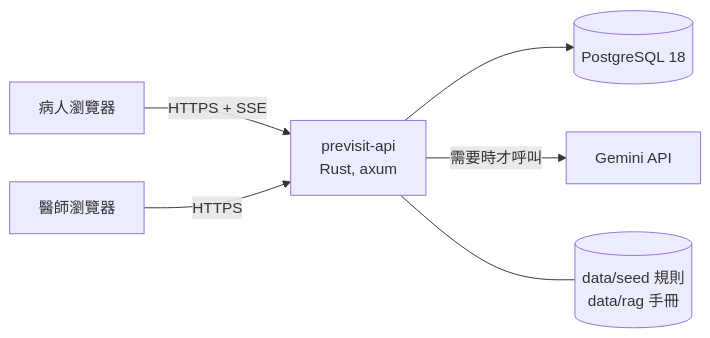
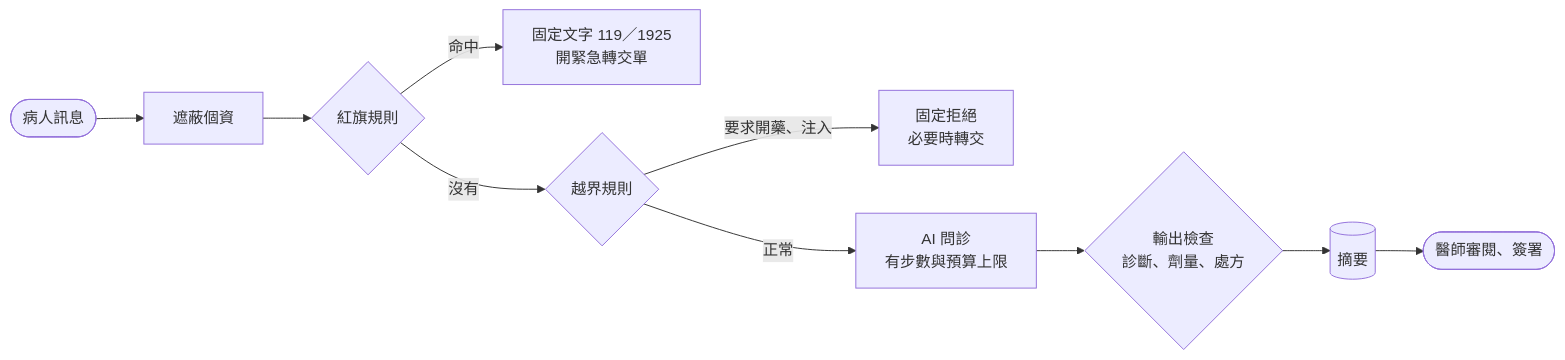
The diagram in README.zh-TW.md (naritaroad/previsit-desk), drawn with Mermaid before and after one commit. The commit also changed other lines of this file and 30 other files, not shown here.

````diff
--- a/README.zh-TW.md
+++ b/README.zh-TW.md
@@ -87,8 +89,10 @@
 ```mermaid
 flowchart LR
-  P[病人瀏覽器] -- HTTPS + SSE --> API
-  C[醫師瀏覽器] -- HTTPS --> API
-  API[previsit-api<br/>Rust, axum] --> DB[(PostgreSQL 18)]
-  API -- 需要時才呼叫 --> G[Gemini API]
-  API --- D[(data/seed 規則<br/>data/rag 手冊)]
+  P([病人訊息]) --> M[遮蔽個資] --> R{紅旗規則}
+  R -- 命中 --> E[固定文字 119／1925<br/>開緊急轉交單]
+  R -- 沒有 --> S{越界規則}
+  S -- 要求開藥、注入 --> X[固定拒絕<br/>必要時轉交]
+  S -- 正常 --> A[AI 問診<br/>有步數與預算上限]
+  A --> G{輸出檢查<br/>診斷、劑量、處方}
+  G --> D[(摘要)] --> C([醫師審閱、簽署])
 ```
````
